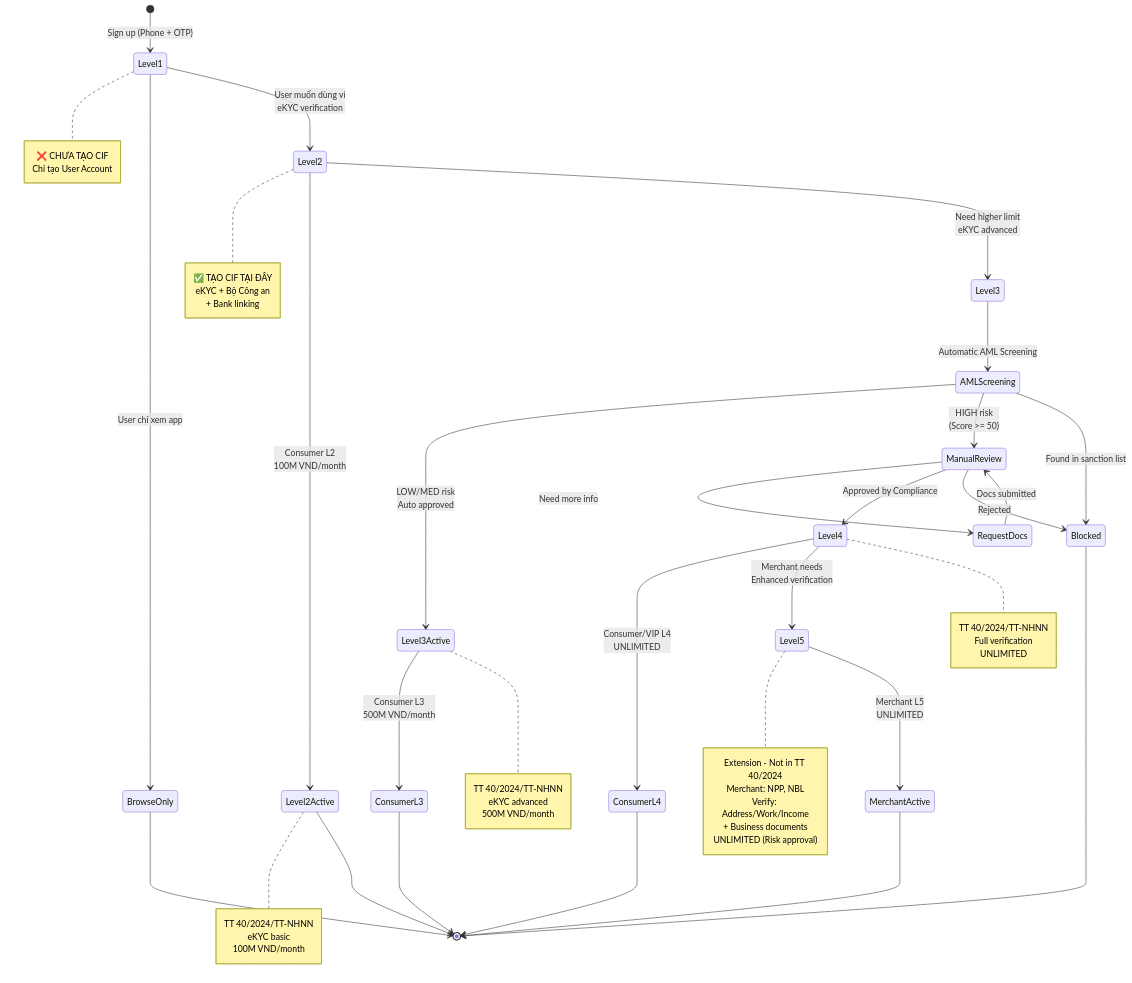
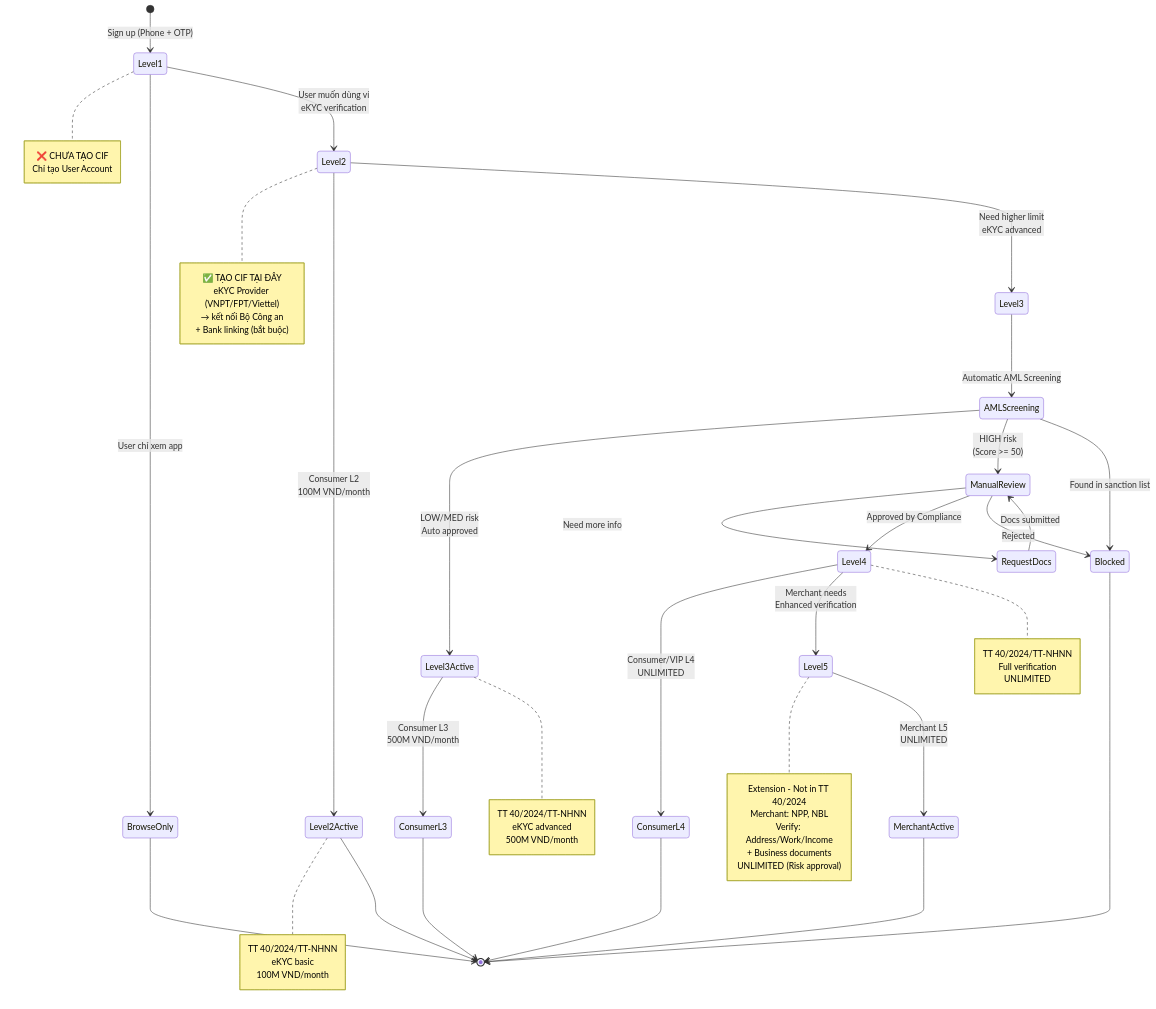
One commit to PhuMBT/eWallet_CBS changed the fifth of 6 diagrams in docs/cbs-sdk-finance/10-cif-management.md. Above: the diagram before and after it, drawn with Mermaid. The commit also changed other lines of this file and 3 other files, not shown here.

````diff
--- a/docs/cbs-sdk-finance/10-cif-management.md
+++ b/docs/cbs-sdk-finance/10-cif-management.md
@@ -1684,72 +1686,73 @@
 ```mermaid
 stateDiagram-v2
     [*] --> Level1: Sign up (Phone + OTP)
     
     note right of Level1
         ❌ CHƯA TẠO CIF
         Chỉ tạo User Account
     end note
     
     Level1 --> BrowseOnly: User chỉ xem app
     Level1 --> Level2: User muốn dùng ví<br/>eKYC verification
     
     note right of Level2
         ✅ TẠO CIF TẠI ĐÂY
-        eKYC + Bộ Công an
-        + Bank linking
+        eKYC Provider (VNPT/FPT/Viettel)
+        → kết nối Bộ Công an
+        + Bank linking (bắt buộc)
     end note
     
     Level2 --> Level2Active: Consumer L2<br/>100M VND/month
     Level2 --> Level3: Need higher limit<br/>eKYC advanced
     
     Level3 --> AMLScreening: Automatic AML Screening
     
     AMLScreening --> Level3Active: LOW/MED risk<br/>Auto approved
     AMLScreening --> ManualReview: HIGH risk<br/>(Score >= 50)
     AMLScreening --> Blocked: Found in sanction list
     
     ManualReview --> RequestDocs: Need more info
     RequestDocs --> ManualReview: Docs submitted
     
     ManualReview --> Level4: Approved by Compliance
     ManualReview --> Blocked: Rejected
     
     Level3Active --> ConsumerL3: Consumer L3<br/>500M VND/month
     Level4 --> ConsumerL4: Consumer/VIP L4<br/>UNLIMITED
     Level4 --> Level5: Merchant needs<br/>Enhanced verification
     
     note right of Level2Active
         TT 40/2024/TT-NHNN
         eKYC basic
         100M VND/month
     end note
     
     note right of Level3Active
         TT 40/2024/TT-NHNN
         eKYC advanced
         500M VND/month
     end note
     
     note right of Level4
         TT 40/2024/TT-NHNN
         Full verification
         UNLIMITED
     end note
     
     note right of Level5
         Extension - Not in TT 40/2024
         Merchant: NPP, NBL
         Verify: Address/Work/Income
         + Business documents
         UNLIMITED (Risk approval)
     end note
     
     Level5 --> MerchantActive: Merchant L5<br/>UNLIMITED
     
     BrowseOnly --> [*]
     Level2Active --> [*]
     ConsumerL3 --> [*]
     ConsumerL4 --> [*]
     MerchantActive --> [*]
     Blocked --> [*]
 ```
````
